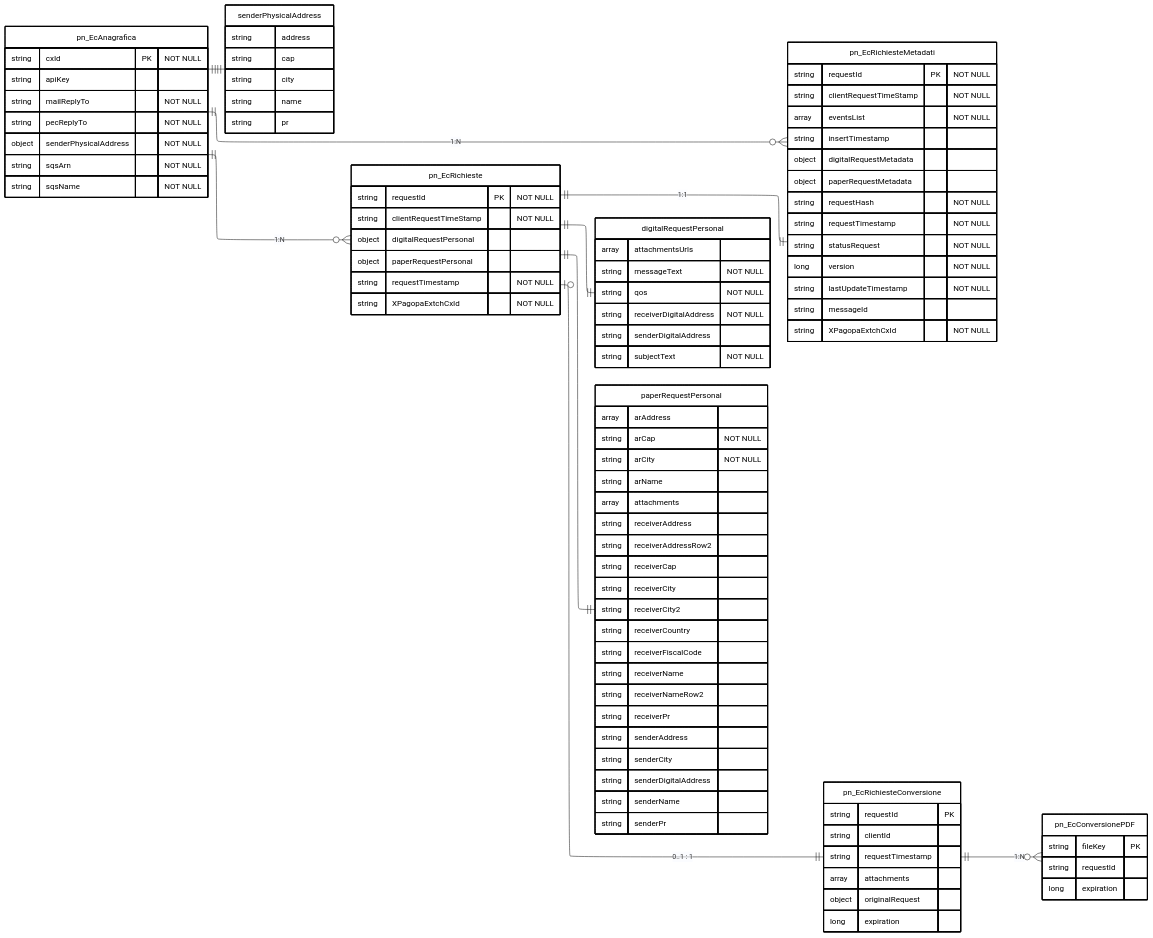
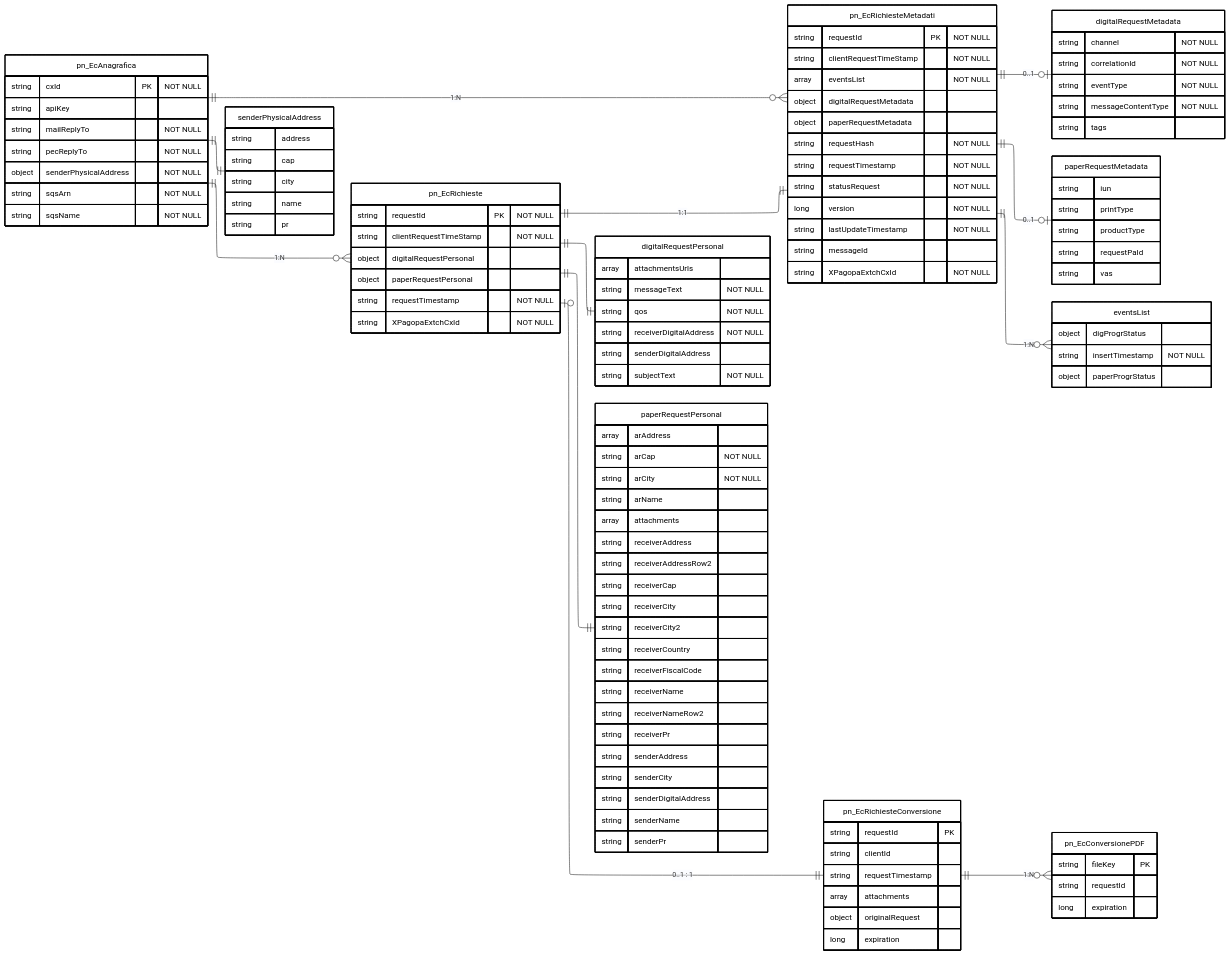
The diagram in send_diagrams/data-models/postalizzazione/postalizzazione.mmd (pagopa/pn-metrics), drawn with Mermaid before and after one commit.

Commit message:
docs: add metadata entities and constraints to EC ER model

```diff
--- a/send_diagrams/data-models/postalizzazione/postalizzazione.mmd
+++ b/send_diagrams/data-models/postalizzazione/postalizzazione.mmd
@@ -1,140 +1,172 @@
 ---
 config:
   layout: elk
   theme: base
 ---
 
 erDiagram
 
     %% diagram version: 0.0.1
     %% sources:
     %% - dc-pn-EcRichiesteMetadati.yaml
     %%   id: urn:send:postalizzazione:pn_ecrichiestemetadati
     %%   version: 0.0.1
 
     Direction LR
 
     pn_EcRichiesteMetadati {
         string requestId PK "NOT NULL"
         string clientRequestTimeStamp "NOT NULL"
         array eventsList "NOT NULL"
-        string insertTimestamp
         object digitalRequestMetadata
         object paperRequestMetadata
         string requestHash "NOT NULL"
         string requestTimestamp "NOT NULL"
         string statusRequest "NOT NULL"
         long version "NOT NULL"
         string lastUpdateTimestamp "NOT NULL"
         string messageId
         string XPagopaExtchCxId "NOT NULL"
+    }
+
+    digitalRequestMetadata {
+        string channel "NOT NULL"
+        string correlationId "NOT NULL"
+        string eventType "NOT NULL"
+        string messageContentType "NOT NULL"
+        string tags
+    }
+
+    paperRequestMetadata {
+        string iun
+        string printType
+        string productType
+        string requestPaId
+        string vas
+    }
+
+    eventsList {
+        object digProgrStatus
+        string insertTimestamp "NOT NULL"
+        object paperProgrStatus
     }
 
     pn_EcAnagrafica {
         string cxId PK "NOT NULL"
         string apiKey
         string mailReplyTo "NOT NULL"
         string pecReplyTo "NOT NULL"
         object senderPhysicalAddress "NOT NULL"
         string sqsArn "NOT NULL"
         string sqsName "NOT NULL"
     }
 
     senderPhysicalAddress {
         string address
         string cap
         string city
         string name
         string pr
     }
 
     pn_EcRichieste {
         string requestId PK "NOT NULL"
         string clientRequestTimeStamp "NOT NULL"
         object digitalRequestPersonal
         object paperRequestPersonal
         string requestTimestamp "NOT NULL"
         string XPagopaExtchCxId "NOT NULL"
     }
 
     pn_EcRichiesteConversione {
         string requestId PK
         string clientId
         string requestTimestamp
         array attachments
         object originalRequest
         long expiration
     }
 
     pn_EcConversionePDF {
         string fileKey PK
         string requestId
         long expiration
     }
 
     digitalRequestPersonal {
         array attachmentsUrls
         string messageText "NOT NULL"
         string qos "NOT NULL"
         string receiverDigitalAddress "NOT NULL"
         string senderDigitalAddress
         string subjectText "NOT NULL"
     }
 
     paperRequestPersonal {
         array arAddress
         string arCap "NOT NULL"
         string arCity "NOT NULL"
         string arName
         array attachments
         string receiverAddress
         string receiverAddressRow2
         string receiverCap
         string receiverCity
         string receiverCity2
         string receiverCountry
         string receiverFiscalCode
         string receiverName
         string receiverNameRow2
         string receiverPr
         string senderAddress
         string senderCity
         string senderDigitalAddress
         string senderName
         string senderPr
     }
 
     %% RELAZIONI
 
     
     pn_EcAnagrafica ||--|| senderPhysicalAddress : ""
     
     %% pn_EcRichiesteMetadati.XPagopaExtchCxId = pn_EcAnagrafica.cxId
     pn_EcAnagrafica ||--o{ pn_EcRichiesteMetadati : "1:N"
 
     %% pn_EcRichieste.XPagopaExtchCxId = pn_EcAnagrafica.cxId
     pn_EcAnagrafica ||--o{ pn_EcRichieste : "1:N"
 
     %% pn_EcRichieste.requestId = pn_EcRichiesteMetadati.requestId
     pn_EcRichieste ||--|| pn_EcRichiesteMetadati : "1:1"
 
     pn_EcRichieste ||--|| digitalRequestPersonal : ""
     pn_EcRichieste ||--|| paperRequestPersonal : ""
 
     %% pn_EcRichieste.requestId = pn_EcRichiesteConversione.requestId
     pn_EcRichieste o|--|| pn_EcRichiesteConversione : "0..1 : 1"
 
     %% pn_EcConversionePDF.requestId = pn_EcRichiesteConversione.requestId
     pn_EcRichiesteConversione ||--o{ pn_EcConversionePDF : "1:N"
 
+    %% pn_EcRichiesteMetadati.digitalRequestMetadata
+    pn_EcRichiesteMetadati ||--o| digitalRequestMetadata : "0..1"
+
+    %% pn_EcRichiesteMetadati.paperRequestMetadata
+    pn_EcRichiesteMetadati ||--o| paperRequestMetadata : "0..1"
+
+    %% pn_EcRichiesteMetadati.eventsList[*]
+    pn_EcRichiesteMetadati ||--o{ eventsList : "1:N"
     
     %% STILE
 
     style pn_EcAnagrafica fill:#FFFFFF,stroke:#000000,stroke-width:2px,color:#000000
     style pn_EcRichieste fill:#FFFFFF,stroke:#000000,stroke-width:2px,color:#000000
     style pn_EcRichiesteMetadati fill:#FFFFFF,stroke:#000000,stroke-width:2px,color:#000000
+    style digitalRequestMetadata fill:#FFFFFF,stroke:#000000,stroke-width:2px,color:#000000
+    style paperRequestMetadata fill:#FFFFFF,stroke:#000000,stroke-width:2px,color:#000000
+    style eventsList fill:#FFFFFF,stroke:#000000,stroke-width:2px,color:#000000
     style pn_EcRichiesteConversione fill:#FFFFFF,stroke:#000000,stroke-width:2px,color:#000000
     style pn_EcConversionePDF fill:#FFFFFF,stroke:#000000,stroke-width:2px,color:#000000
     style senderPhysicalAddress fill:#FFFFFF,stroke:#000000,stroke-width:2px,color:#000000
     style digitalRequestPersonal fill:#FFFFFF,stroke:#000000,stroke-width:2px,color:#000000
     style paperRequestPersonal fill:#FFFFFF,stroke:#000000,stroke-width:2px,color:#000000
```
